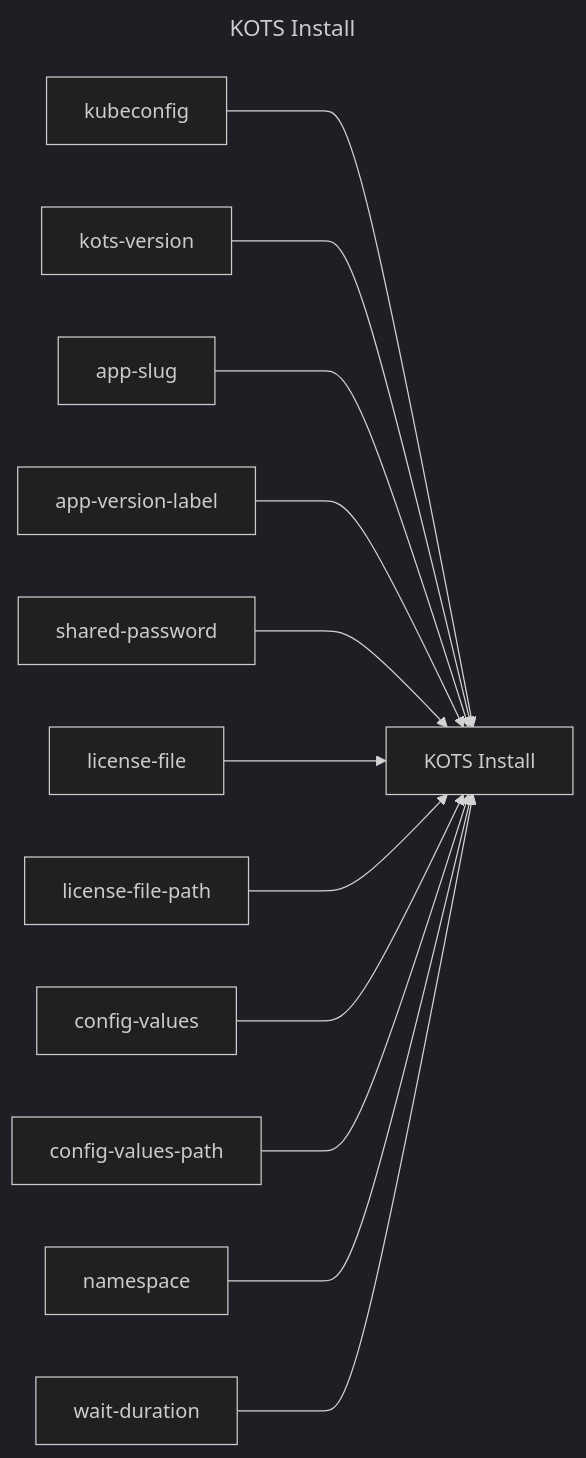
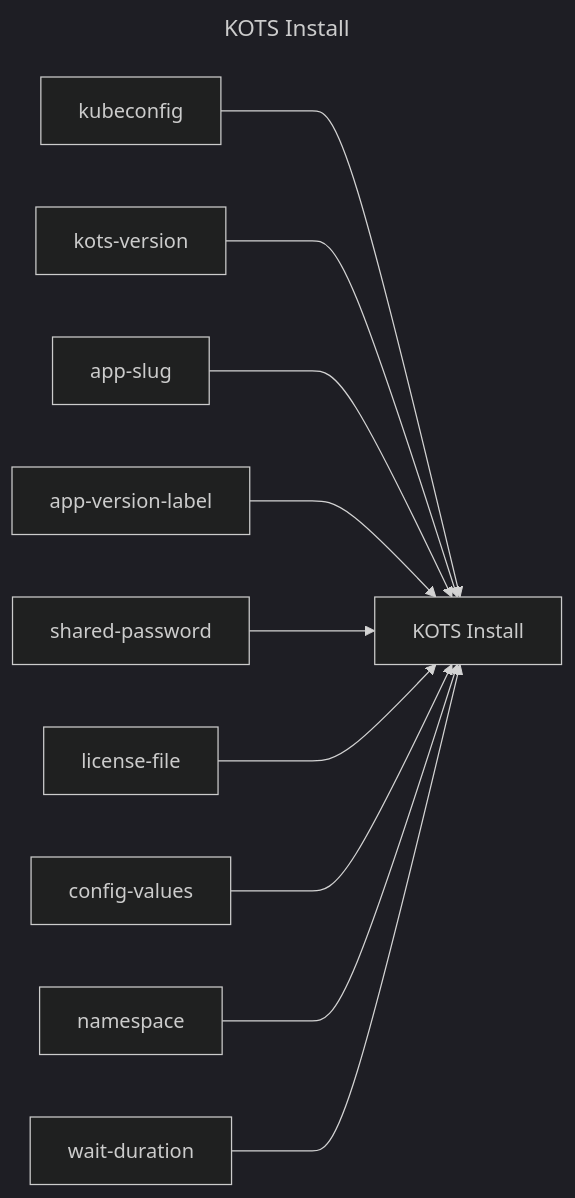
Before and after one commit to replicatedhq/replicated-actions: the diagram in kots-install/README.md, drawn with Mermaid (dark theme). The commit also changed other lines of this file and 2 other files, not shown here.

````diff
--- a/kots-install/README.md
+++ b/kots-install/README.md
@@ -3,29 +3,25 @@
 ```mermaid
 ---
 title: KOTS Install
 ---
 graph LR
 kots_install["KOTS Install"]
 kubeconfig["kubeconfig"]
 kots_version["kots-version"]
 app_slug["app-slug"]
 app_version_label["app-version-label"]
 shared_password["shared-password"]
 license_file["license-file"]
-license_file_path["license-file-path"]
 config_values["config-values"]
-config_values_path["config-values-path"]
 namespace["namespace"]
 wait_duration["wait-duration"]
 kubeconfig ---> kots_install
 kots_version ---> kots_install
 app_slug ---> kots_install
 app_version_label ---> kots_install
 shared_password ---> kots_install
 license_file ---> kots_install
-license_file_path ---> kots_install
 config_values ---> kots_install
-config_values_path ---> kots_install
 namespace ---> kots_install
 wait_duration ---> kots_install
 ```
````
